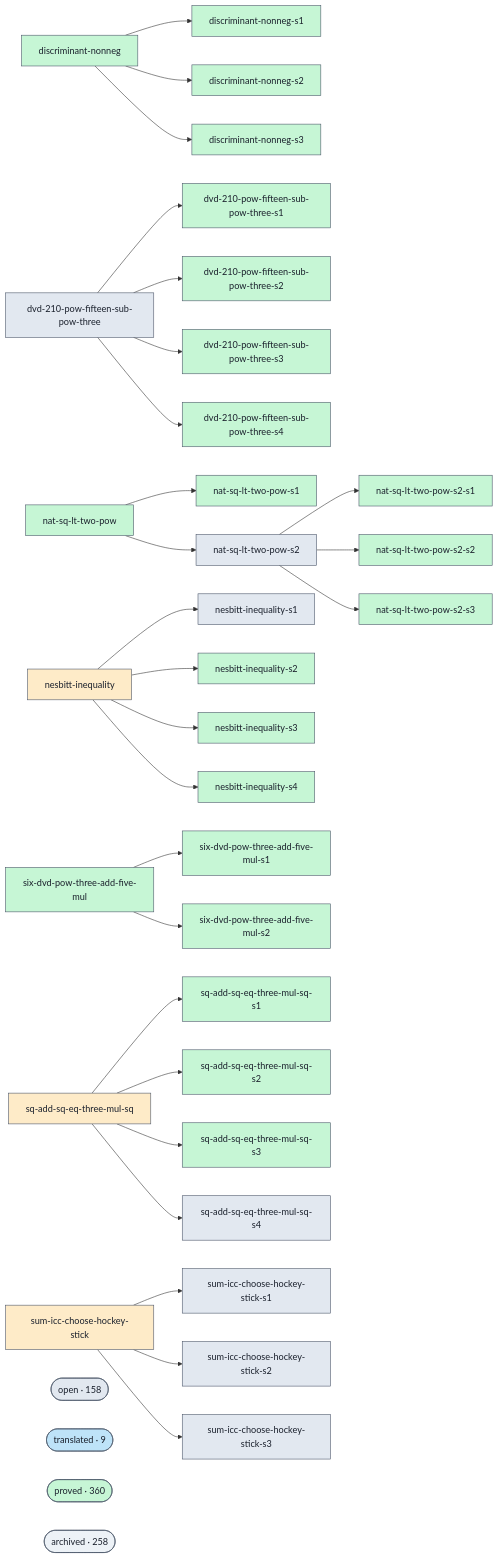
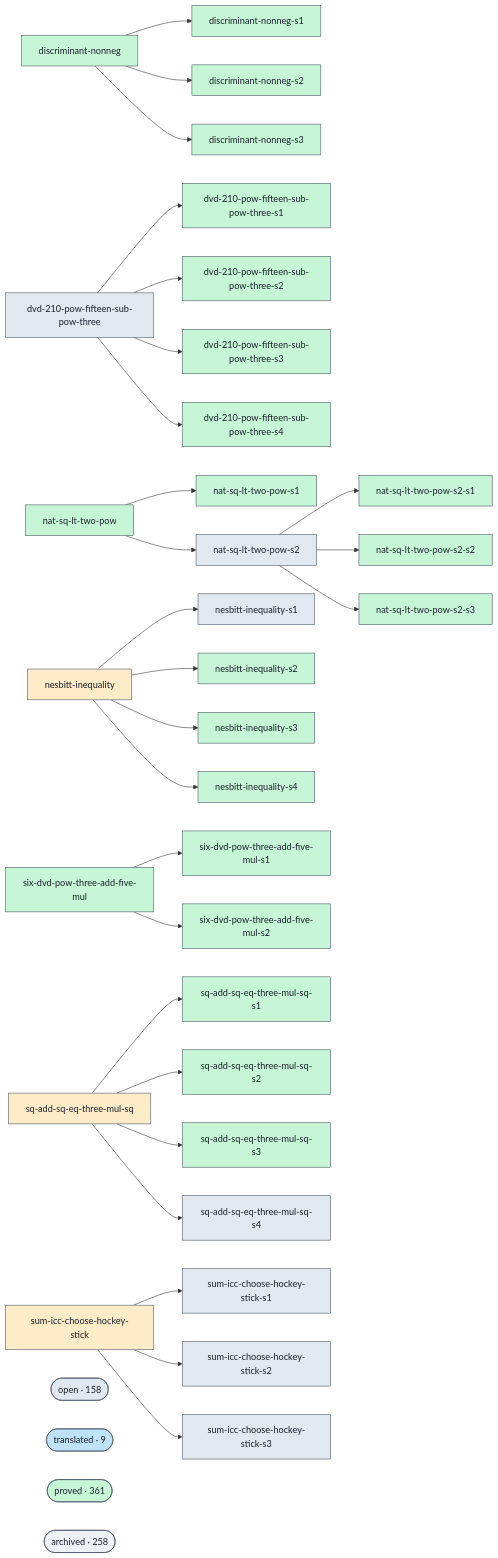
Before and after one commit to Rauxon/unsorry: the diagram in docs/proofs-contributors-visualisation.md, drawn with Mermaid. The commit also changed other lines of this file and 2 other files, not shown here.

```diff
--- a/docs/proofs-contributors-visualisation.md
+++ b/docs/proofs-contributors-visualisation.md
@@ -147,7 +147,7 @@
   class cluster_open open;
   cluster_translated(["translated · 9"])
   class cluster_translated translated;
-  cluster_proved(["proved · 360"])
+  cluster_proved(["proved · 361"])
   class cluster_proved proved;
   cluster_archived(["archived · 258"])
   class cluster_archived unknown;
```
